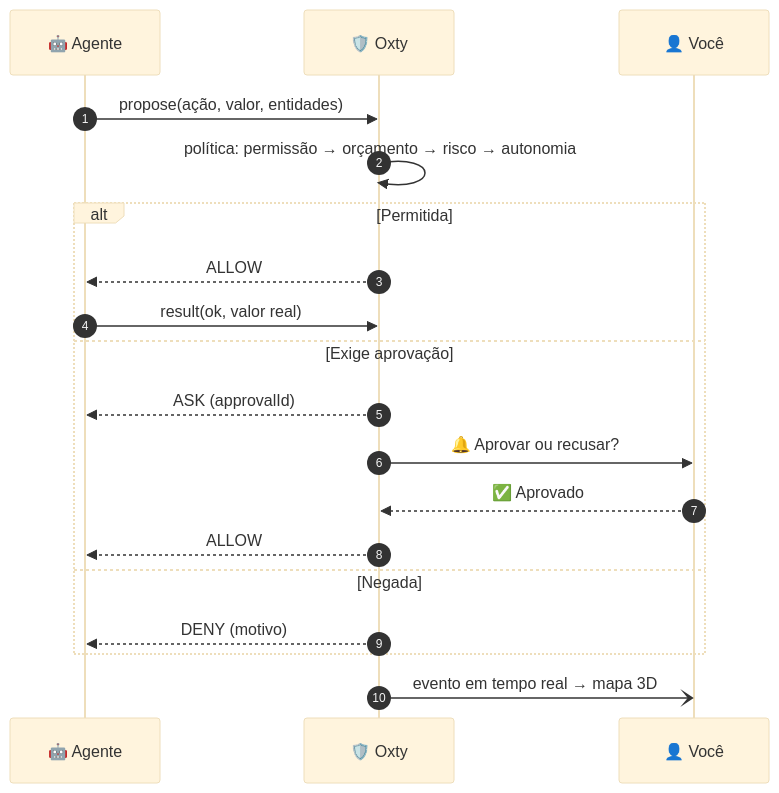
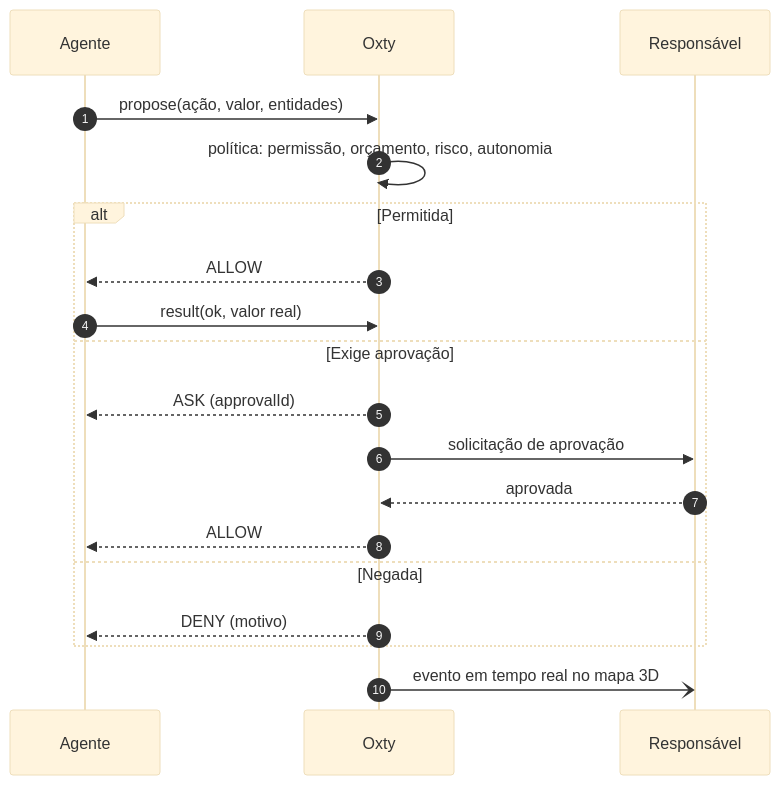
The first of 5 diagrams in README.md (Apoloundifinied/Oxty-control-agent), drawn with Mermaid (base theme) before and after one commit. The commit also changed other lines of this file, not shown here.

````diff
--- a/README.md
+++ b/README.md
@@ -71,22 +54,22 @@
 ```mermaid
 sequenceDiagram
     autonumber
-    participant AG as 🤖 Agente
-    participant IC as 🛡️ Oxty
-    participant H as 👤 Você
+    participant AG as Agente
+    participant IC as Oxty
+    participant H as Responsável
 
     AG->>IC: propose(ação, valor, entidades)
-    IC->>IC: política: permissão → orçamento → risco → autonomia
+    IC->>IC: política: permissão, orçamento, risco, autonomia
     alt Permitida
         IC-->>AG: ALLOW
         AG->>IC: result(ok, valor real)
     else Exige aprovação
         IC-->>AG: ASK (approvalId)
-        IC->>H: 🔔 Aprovar ou recusar?
-        H-->>IC: ✅ Aprovado
+        IC->>H: solicitação de aprovação
+        H-->>IC: aprovada
         IC-->>AG: ALLOW
     else Negada
         IC-->>AG: DENY (motivo)
     end
-    IC-)H: evento em tempo real → mapa 3D
+    IC-)H: evento em tempo real no mapa 3D
 ```
````
